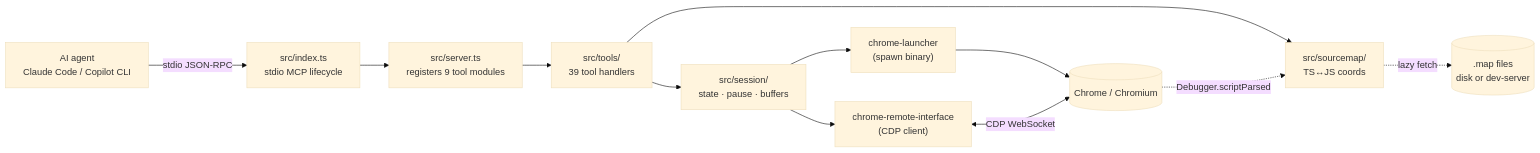
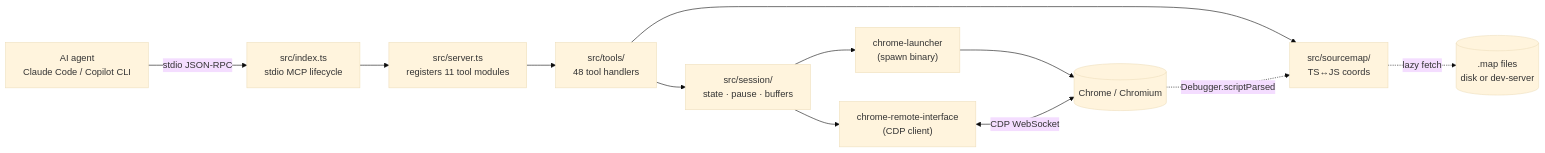
Before and after one commit to lcjanke2020/lynceus: the first of 6 diagrams in docs/ARCHITECTURE.md, drawn with Mermaid (base theme). The commit also changed other lines of this file and 7 other files, not shown here.

````diff
--- a/docs/ARCHITECTURE.md
+++ b/docs/ARCHITECTURE.md
@@ -19,25 +19,25 @@
 ```mermaid
 flowchart LR
     Agent["AI agent<br/>Claude Code / Copilot CLI"]
     Index["src/index.ts<br/>stdio MCP lifecycle"]
-    Server["src/server.ts<br/>registers 9 tool modules"]
-    Tools["src/tools/<br/>39 tool handlers"]
+    Server["src/server.ts<br/>registers 11 tool modules"]
+    Tools["src/tools/<br/>48 tool handlers"]
     Session["src/session/<br/>state · pause · buffers"]
     Sourcemap["src/sourcemap/<br/>TS↔JS coords"]
     CRI["chrome-remote-interface<br/>(CDP client)"]
     Launcher["chrome-launcher<br/>(spawn binary)"]
     Chrome[("Chrome / Chromium")]
     Maps[(".map files<br/>disk or dev-server")]
 
     Agent -- "stdio JSON-RPC" --> Index
     Index --> Server
     Server --> Tools
     Tools --> Session
     Tools --> Sourcemap
     Session --> CRI
     Session --> Launcher
     Launcher --> Chrome
     CRI <-- "CDP WebSocket" --> Chrome
     Chrome -. "Debugger.scriptParsed" .-> Sourcemap
     Sourcemap -. "lazy fetch" .-> Maps
 ```
````
